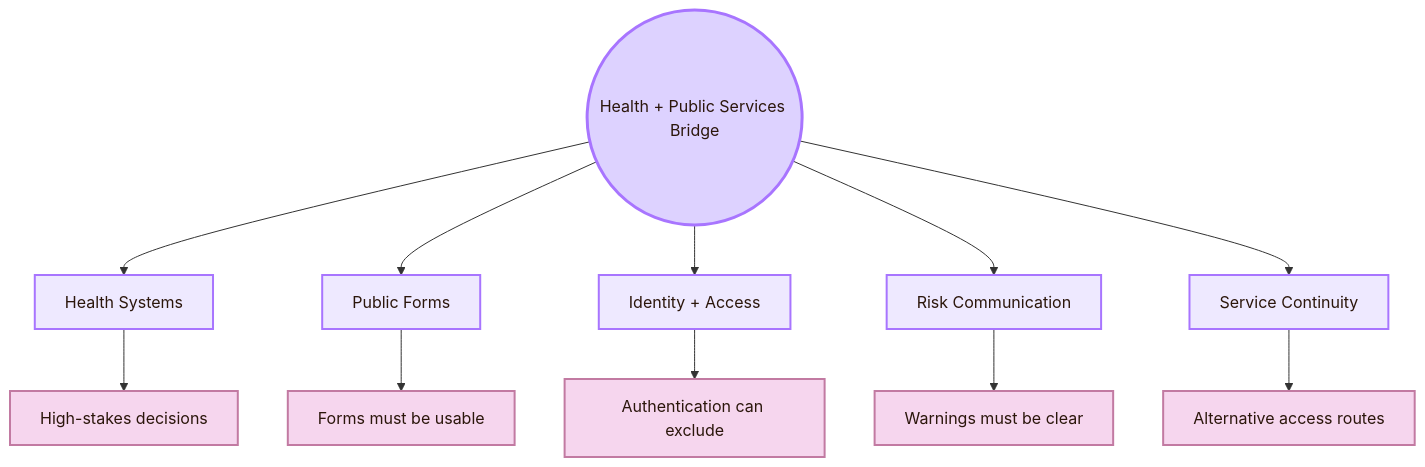
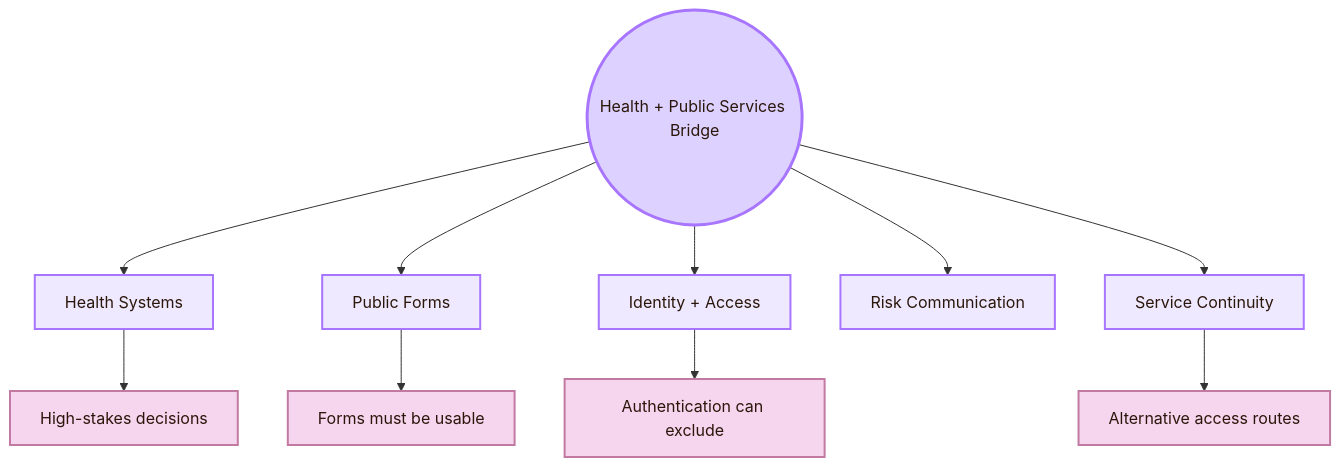
One commit to andreitegzes06-ui/CogniShire changed diagram 12 of 18 in 01_Core_Area_HCI/001_Subareas/04_Accessibility_and_Accountability/Connections.md. Above: the diagram before and after it, drawn with Mermaid. The commit also changed other lines of this file and 131 other files, not shown here.

````diff
--- a/01_Core_Area_HCI/001_Subareas/04_Accessibility_and_Accountability/Connections.md
+++ b/01_Core_Area_HCI/001_Subareas/04_Accessibility_and_Accountability/Connections.md
@@ -506,24 +504,23 @@
 ```mermaid
 flowchart TB
     A((Health + Public Services Bridge))
 
     A --> B[Health Systems]
     A --> C[Public Forms]
     A --> D[Identity + Access]
     A --> E[Risk Communication]
     A --> F[Service Continuity]
 
     B --> B1[High-stakes decisions]
     C --> C1[Forms must be usable]
     D --> D1[Authentication can exclude]
-    E --> E1[Warnings must be clear]
     F --> F1[Alternative access routes]
 
     classDef center fill:#ddd2ff,stroke:#a875ff,color:#2b160b,stroke-width:3px;
     classDef node fill:#eee9ff,stroke:#a875ff,color:#2b160b,stroke-width:2px;
     classDef detail fill:#f6d6ee,stroke:#c27aa2,color:#2b160b,stroke-width:2px;
 
     class A center;
     class B,C,D,E,F node;
     class B1,C1,D1,E1,F1 detail;
 ```
````
